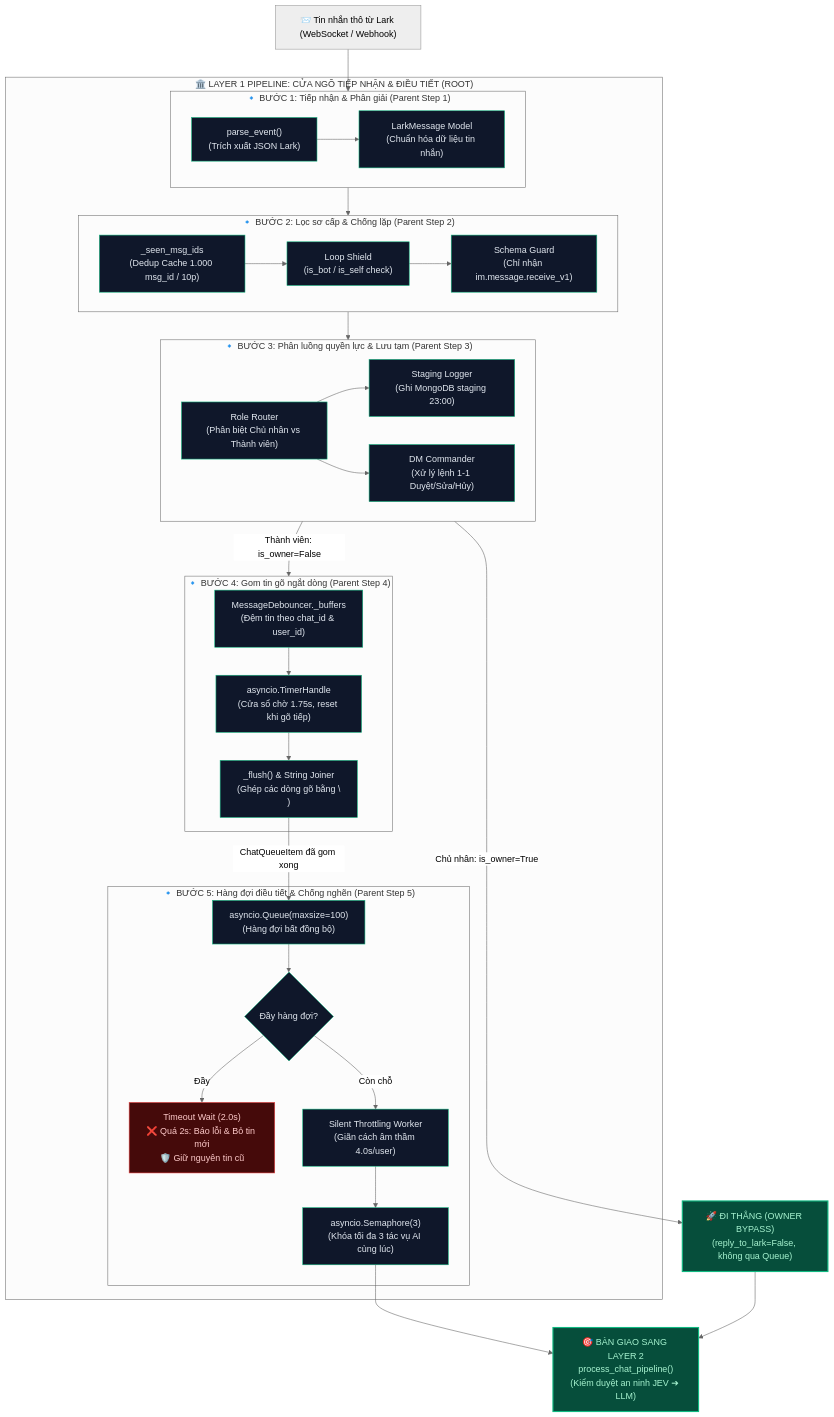
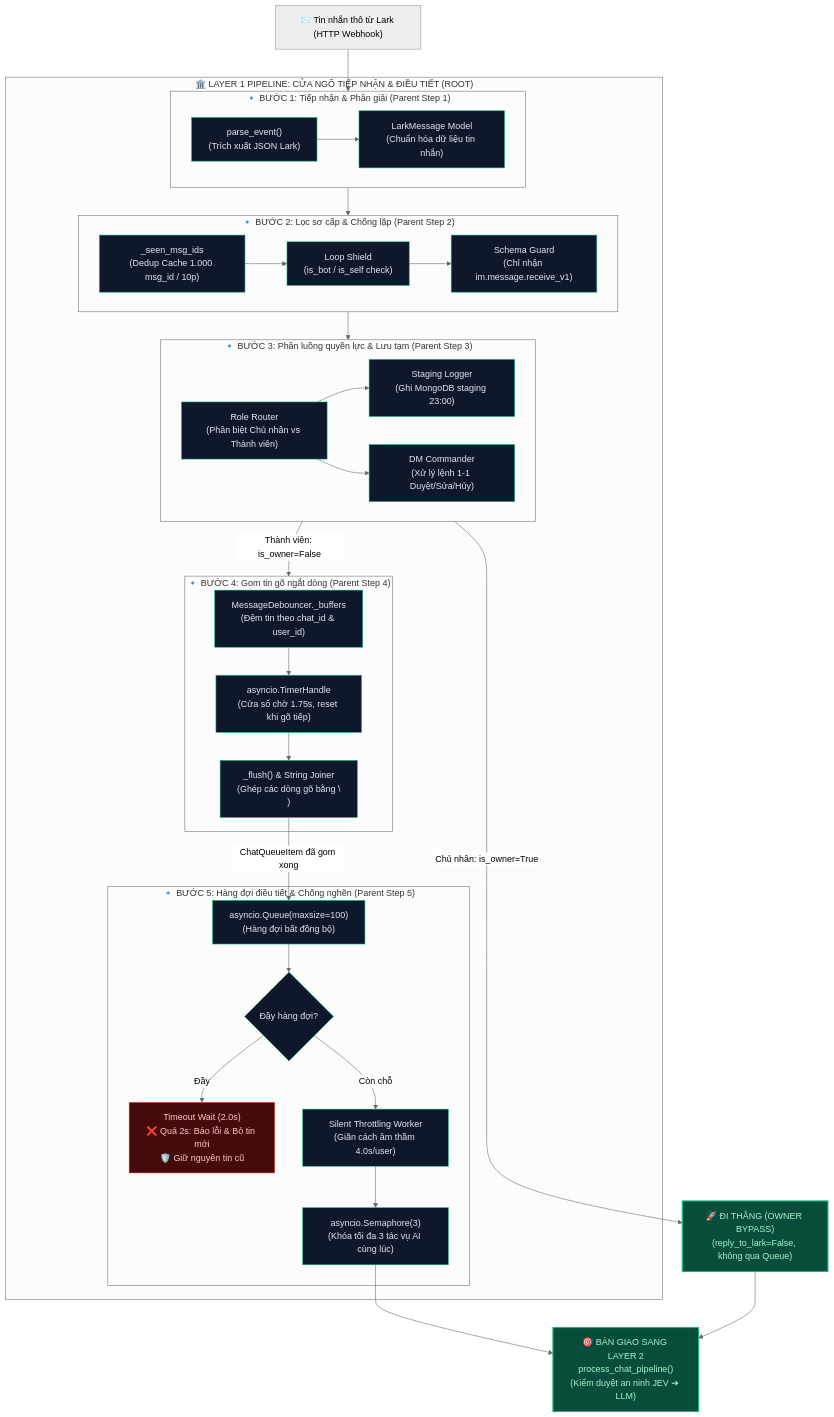
One commit to tetsde/LarkAssistant changed the diagram in server/docs/layer1/ultis_docs/README.md. Above: the diagram before and after it, drawn with Mermaid (neutral theme). The commit also changed other lines of this file and 77 other files, not shown here.

Commit message:
refactor: replace gemini client with multi-provider llm client architecture and webhook gateway updates

````diff
--- a/server/docs/layer1/ultis_docs/README.md
+++ b/server/docs/layer1/ultis_docs/README.md
@@ -66,67 +66,67 @@
 ```mermaid
 flowchart TD
     classDef stepBox fill:#1e293b,stroke:#3b82f6,stroke-width:2px,color:#f8fafc;
     classDef utilBox fill:#0f172a,stroke:#10b981,stroke-width:1px,color:#e2e8f0;
     classDef rootBox fill:#1e1b4b,stroke:#8b5cf6,stroke-width:3px,color:#ffffff;
     classDef alertBox fill:#450a0a,stroke:#ef4444,stroke-width:1px,color:#fecaca;
     classDef successBox fill:#064e3b,stroke:#10b981,stroke-width:2px,color:#a7f3d0;
 
-    LarkMsg["📨 Tin nhắn thô từ Lark (WebSocket / Webhook)"]
+    LarkMsg["📨 Tin nhắn thô từ Lark (HTTP Webhook)"]
 
     subgraph L1["🏛️ LAYER 1 PIPELINE: CỬA NGÕ TIẾP NHẬN & ĐIỀU TIẾT (ROOT)"]
         
         subgraph S1["🔹 BƯỚC 1: Tiếp nhận & Phân giải (Parent Step 1)"]
             U1_1["parse_event()<br/>(Trích xuất JSON Lark)"]:::utilBox
             U1_2["LarkMessage Model<br/>(Chuẩn hóa dữ liệu tin nhắn)"]:::utilBox
             U1_1 --> U1_2
         end
         
         subgraph S2["🔹 BƯỚC 2: Lọc sơ cấp & Chống lặp (Parent Step 2)"]
             U2_1["_seen_msg_ids<br/>(Dedup Cache 1.000 msg_id / 10p)"]:::utilBox
             U2_2["Loop Shield<br/>(is_bot / is_self check)"]:::utilBox
             U2_3["Schema Guard<br/>(Chỉ nhận im.message.receive_v1)"]:::utilBox
             U2_1 --> U2_2 --> U2_3
         end
 
         subgraph S3["🔹 BƯỚC 3: Phân luồng quyền lực & Lưu tạm (Parent Step 3)"]
             U3_1["Role Router<br/>(Phân biệt Chủ nhân vs Thành viên)"]:::utilBox
             U3_2["Staging Logger<br/>(Ghi MongoDB staging 23:00)"]:::utilBox
             U3_3["DM Commander<br/>(Xử lý lệnh 1-1 Duyệt/Sửa/Hủy)"]:::utilBox
             U3_1 --> U3_2
             U3_1 --> U3_3
         end
 
         subgraph S4["🔹 BƯỚC 4: Gom tin gõ ngắt dòng (Parent Step 4)"]
             U4_1["MessageDebouncer._buffers<br/>(Đệm tin theo chat_id & user_id)"]:::utilBox
             U4_2["asyncio.TimerHandle<br/>(Cửa sổ chờ 1.75s, reset khi gõ tiếp)"]:::utilBox
             U4_3["_flush() & String Joiner<br/>(Ghép các dòng gõ bằng \\n)"]:::utilBox
             U4_1 --> U4_2 --> U4_3
         end
 
         subgraph S5["🔹 BƯỚC 5: Hàng đợi điều tiết & Chống nghẽn (Parent Step 5)"]
             U5_1["asyncio.Queue(maxsize=100)<br/>(Hàng đợi bất đồng bộ)"]:::utilBox
             U5_2{"Đầy hàng đợi?"}:::utilBox
             U5_3["Timeout Wait (2.0s)<br/>❌ Quá 2s: Báo lỗi & Bỏ tin mới<br/>🛡️ Giữ nguyên tin cũ"]:::alertBox
             U5_4["Silent Throttling Worker<br/>(Giãn cách âm thầm 4.0s/user)"]:::utilBox
             U5_5["asyncio.Semaphore(3)<br/>(Khóa tối đa 3 tác vụ AI cùng lúc)"]:::utilBox
             
             U5_1 --> U5_2
             U5_2 -->|Đầy| U5_3
             U5_2 -->|Còn chỗ| U5_4
             U5_4 --> U5_5
         end
 
     end
 
     LarkMsg --> S1
     S1 --> S2
     S2 --> S3
 
     S3 -->|Chủ nhân: is_owner=True| Bypass["🚀 ĐI THẲNG (OWNER BYPASS)<br/>(reply_to_lark=False, không qua Queue)"]:::successBox
     S3 -->|Thành viên: is_owner=False| S4
     
     U4_3 -->|ChatQueueItem đã gom xong| U5_1
     
     U5_5 --> Target["🎯 BÀN GIAO SANG LAYER 2<br/>process_chat_pipeline()<br/>(Kiểm duyệt an ninh JEV ➔ LLM)"]:::successBox
     Bypass --> Target
 ```
````
